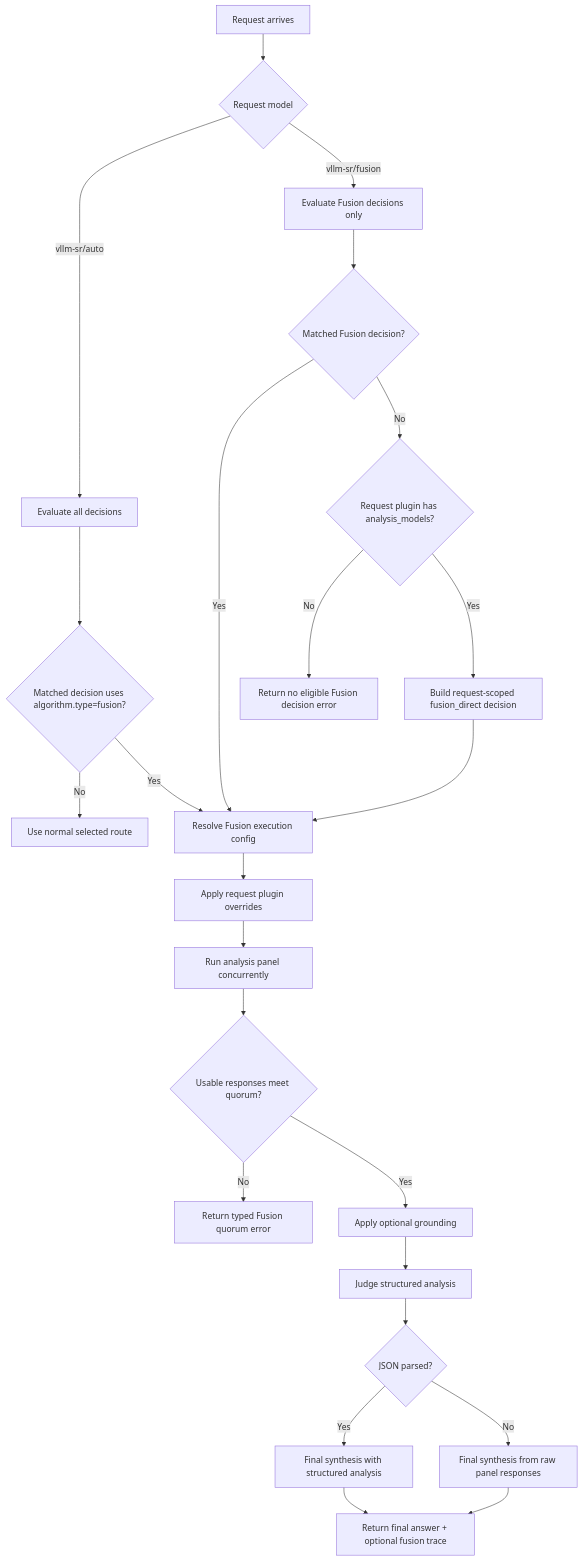
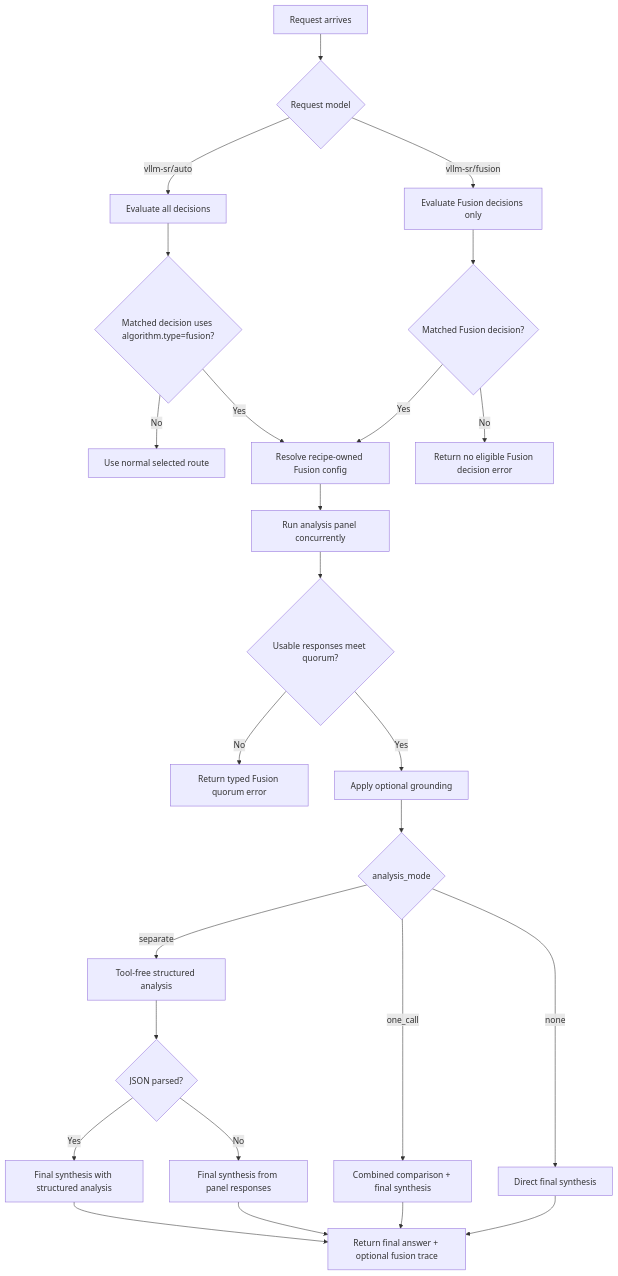
One commit to vllm-project/semantic-router changed the diagram in website/docs/tutorials/algorithm/looper/fusion.md. Above: the diagram before and after it, drawn with Mermaid. The commit also changed other lines of this file and 23 other files, not shown here.

First line of the commit message:
[Feature] Add Fusion analysis execution modes (#3635)

````diff
--- a/website/docs/tutorials/algorithm/looper/fusion.md
+++ b/website/docs/tutorials/algorithm/looper/fusion.md
@@ -42,26 +51,27 @@
 ```mermaid
 flowchart TD
     A[Request arrives] --> B{Request model}
     B -- vllm-sr/auto --> C[Evaluate all decisions]
     B -- vllm-sr/fusion --> D[Evaluate Fusion decisions only]
     C --> E{Matched decision uses algorithm.type=fusion?}
     D --> F{Matched Fusion decision?}
     E -- No --> G[Use normal selected route]
-    E -- Yes --> H[Resolve Fusion execution config]
+    E -- Yes --> H[Resolve recipe-owned Fusion config]
     F -- Yes --> H
-    F -- No --> I{Request plugin has analysis_models?}
-    I -- No --> J[Return no eligible Fusion decision error]
-    I -- Yes --> K[Build request-scoped fusion_direct decision]
-    K --> H
-    H --> L[Apply request plugin overrides]
-    L --> M[Run analysis panel concurrently]
+    F -- No --> J[Return no eligible Fusion decision error]
+    H --> M[Run analysis panel concurrently]
     M --> N{Usable responses meet quorum?}
     N -- No --> O[Return typed Fusion quorum error]
     N -- Yes --> P[Apply optional grounding]
-    P --> Q[Judge structured analysis]
-    Q --> R{JSON parsed?}
-    R -- Yes --> S[Final synthesis with structured analysis]
-    R -- No --> T[Final synthesis from raw panel responses]
-    S --> U[Return final answer + optional fusion trace]
-    T --> U
+    P --> Q{analysis_mode}
+    Q -- separate --> R[Tool-free structured analysis]
+    R --> S{JSON parsed?}
+    S -- Yes --> T[Final synthesis with structured analysis]
+    S -- No --> U[Final synthesis from panel responses]
+    Q -- one_call --> V[Combined comparison + final synthesis]
+    Q -- none --> W[Direct final synthesis]
+    T --> X[Return final answer + optional fusion trace]
+    U --> X
+    V --> X
+    W --> X
 ```
````
